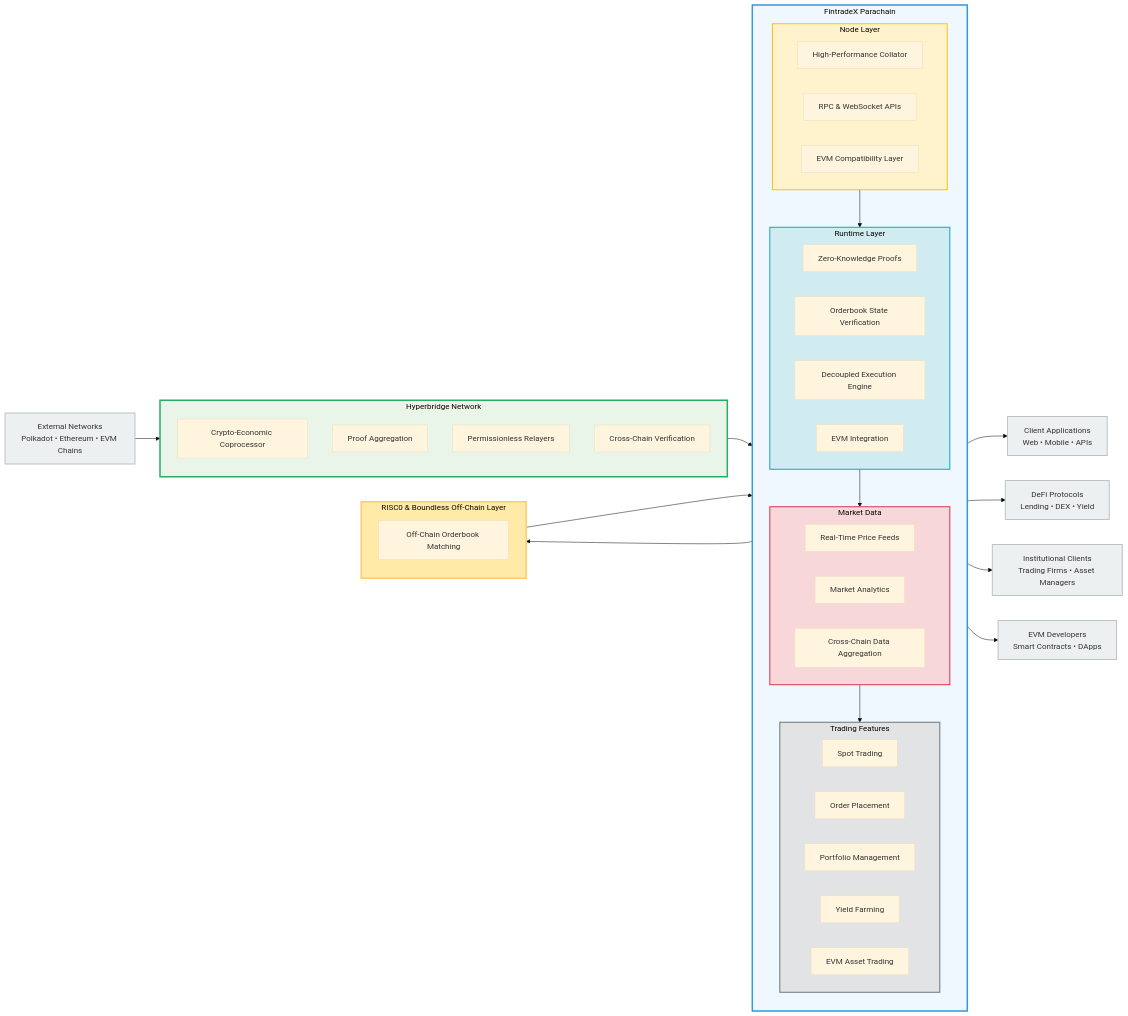
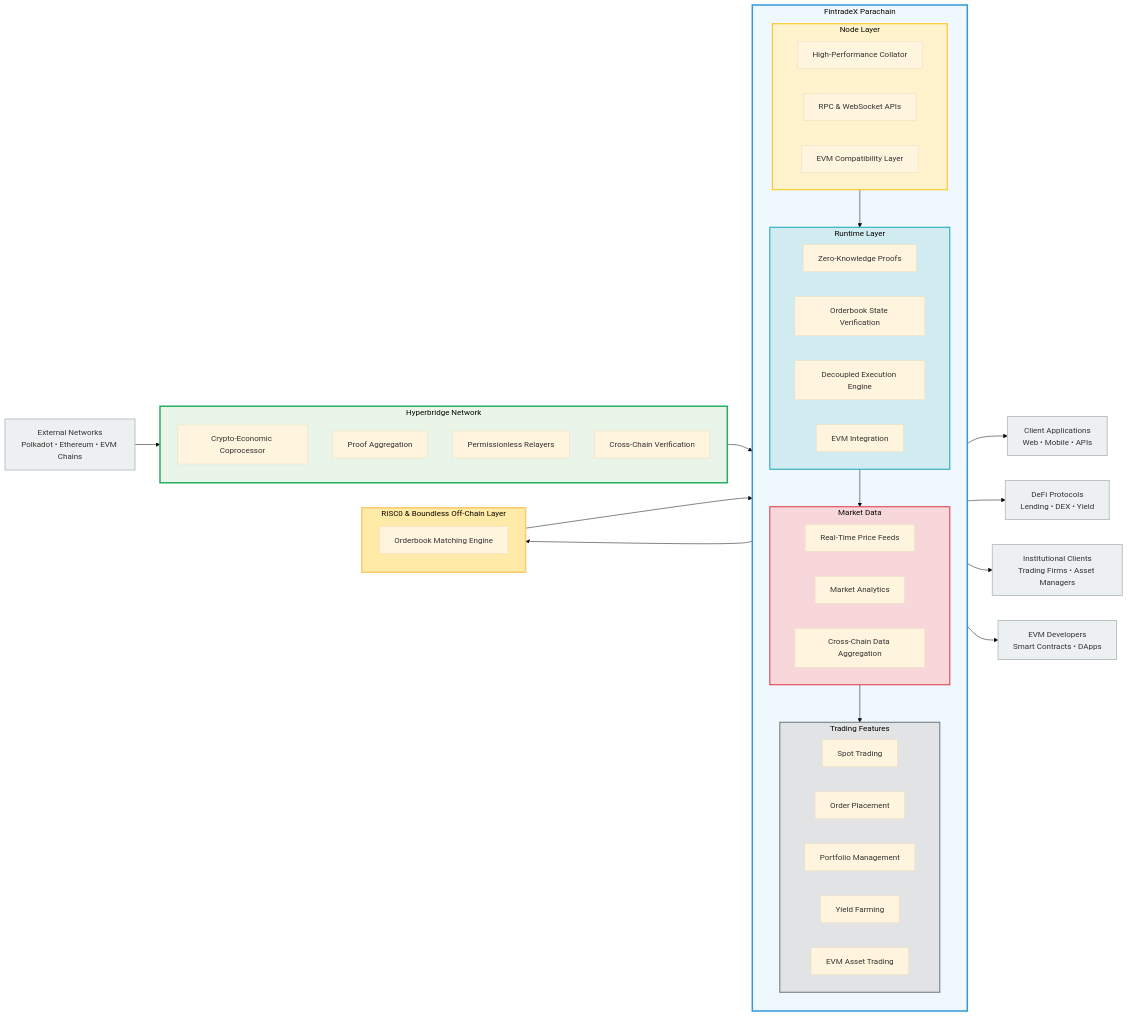
One commit to fintradev/fintradex changed the diagram in README.md. Above: the diagram before and after it, drawn with Mermaid (base theme).

Commit message:
WIP:code quality upgradation

```diff
--- a/README.md
+++ b/README.md
@@ -71,7 +71,7 @@
     
     %% RISC0 & Boundless Off-Chain Layer
     subgraph RISC[RISC0 & Boundless Off-Chain Layer]
-        R0[Off-Chain Orderbook Matching]
+        R0[Orderbook Matching Engine]
         R1[Zero-Knowledge Proofs]
         R2[Orderbook State Verification]
         R3[Decoupled Execution Engine]
```
